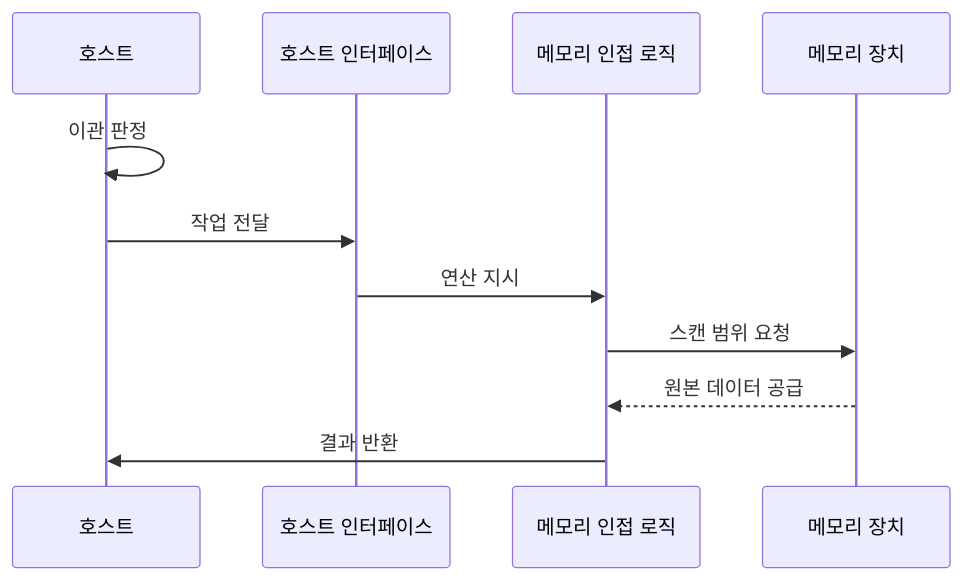
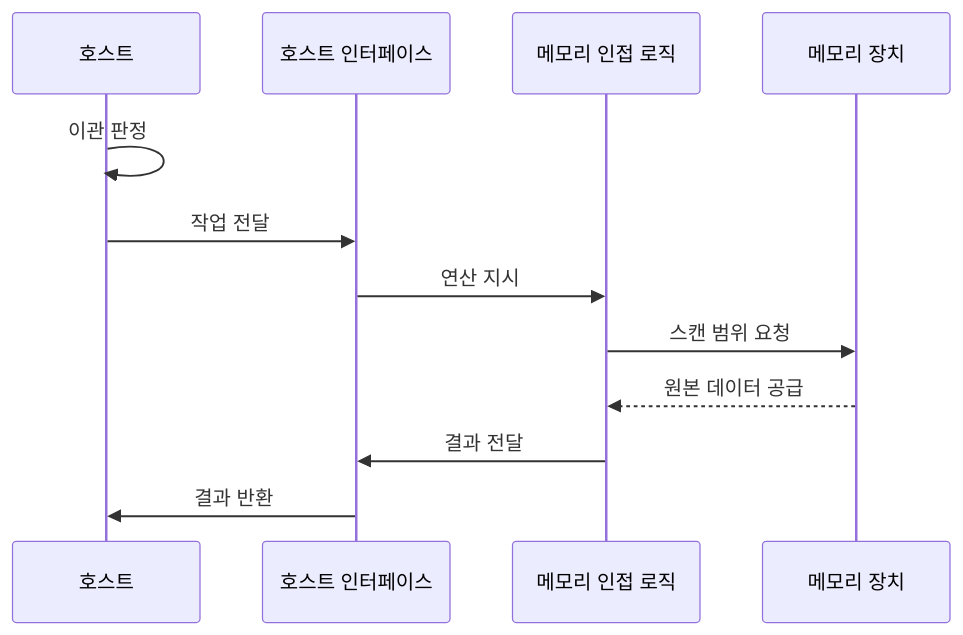
The second of 2 diagrams in src/content/docs/notes/02-hardware/027_pnm.md (agnusdei1207/knowledge-base), drawn with Mermaid before and after one commit. The commit also changed other lines of this file and 7 other files, not shown here.

````diff
--- a/src/content/docs/notes/02-hardware/027_pnm.md
+++ b/src/content/docs/notes/02-hardware/027_pnm.md
@@ -89,13 +89,14 @@
 ```mermaid
 sequenceDiagram
     participant H as 호스트
     participant I as 호스트 인터페이스
     participant N as 메모리 인접 로직
     participant M as 메모리 장치
     H->>H: 이관 판정
     H->>I: 작업 전달
     I->>N: 연산 지시
     N->>M: 스캔 범위 요청
     M-->>N: 원본 데이터 공급
-    N->>H: 결과 반환
+    N->>I: 결과 전달
+    I->>H: 결과 반환
 ```
````
